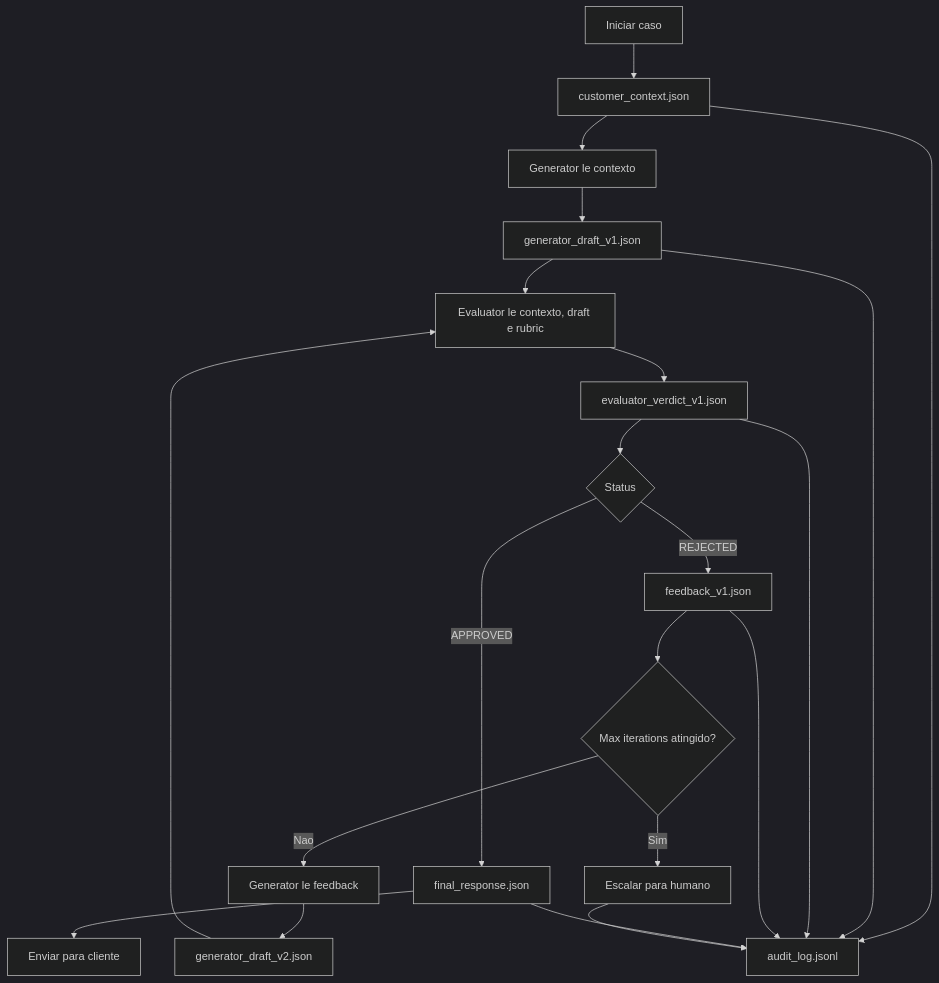
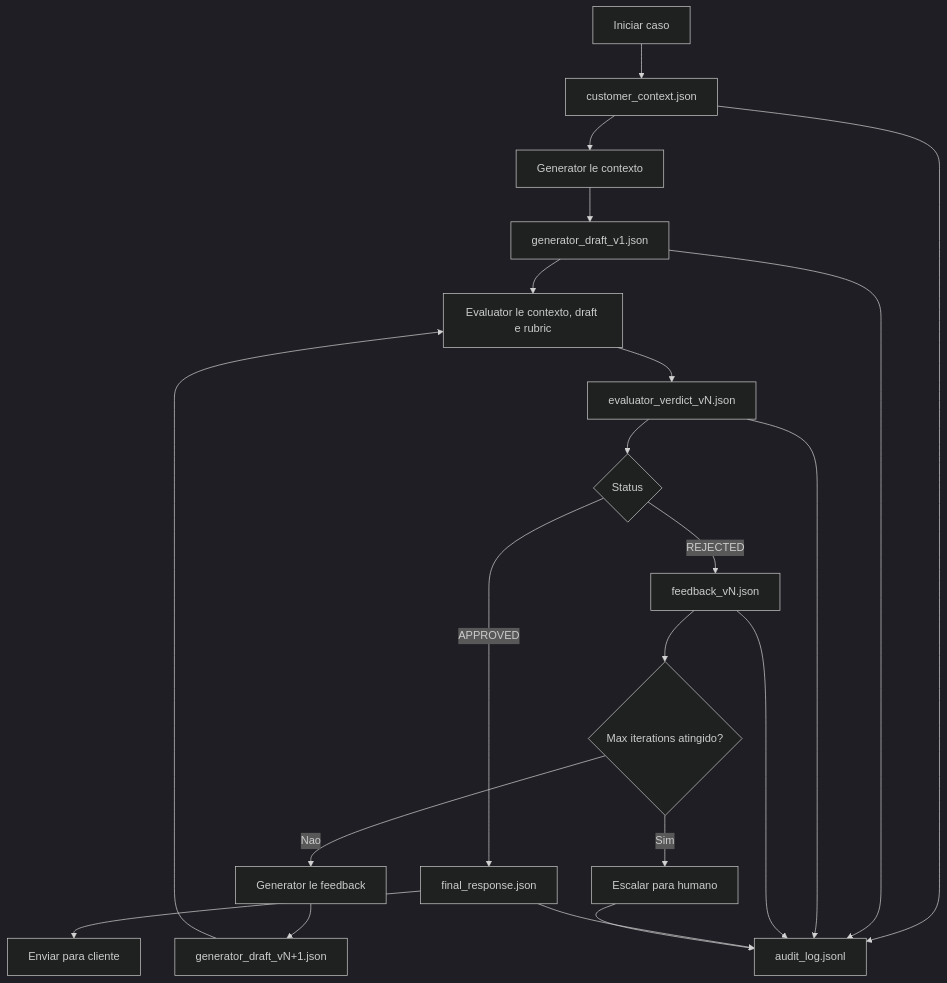
The second of 3 diagrams in curriculum/05-core-concepts/03-generator-evaluator-pattern.md (pavani06/long-running-agents), drawn with Mermaid (dark theme) before and after one commit. The commit also changed other lines of this file, not shown here.

Commit message:
[FUP-1] docs(curriculum): remove duplicate caderno cards, fix broken refs and mermaid diagrams

````diff
--- a/curriculum/05-core-concepts/03-generator-evaluator-pattern.md
+++ b/curriculum/05-core-concepts/03-generator-evaluator-pattern.md
@@ -741,23 +741,23 @@
 ```mermaid
 graph TD
     A[Iniciar caso] --> B[customer_context.json]
     B --> C[Generator le contexto]
     C --> D[generator_draft_v1.json]
     D --> E[Evaluator le contexto, draft e rubric]
-    E --> F[evaluator_verdict_v1.json]
+    E --> F[evaluator_verdict_vN.json]
     F --> G{Status}
     G -->|APPROVED| H[final_response.json]
     H --> I[Enviar para cliente]
-    G -->|REJECTED| J[feedback_v1.json]
+    G -->|REJECTED| J[feedback_vN.json]
     J --> K{Max iterations atingido?}
     K -->|Nao| L[Generator le feedback]
-    L --> M[generator_draft_v2.json]
+    L --> M[generator_draft_vN+1.json]
     M --> E
     K -->|Sim| N[Escalar para humano]
     B --> O[audit_log.jsonl]
     D --> O
     F --> O
     J --> O
     H --> O
     N --> O
 ```
````
